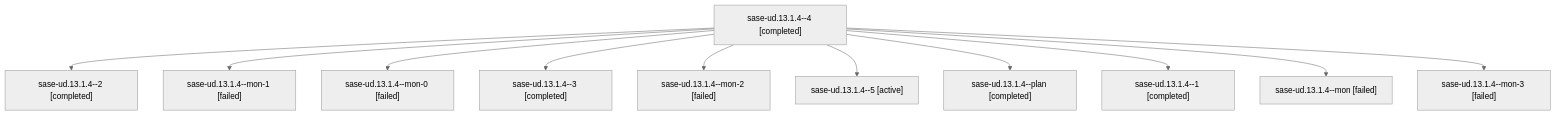
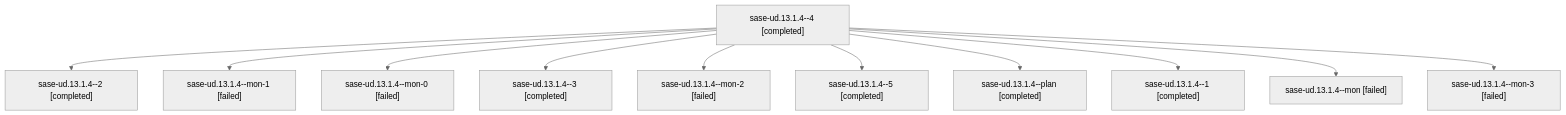
Before and after one commit to sase-org/sase--agents: the diagram in families/bbugyi200.athena.sase-ud.13.1.4.md, drawn with Mermaid (neutral theme). The commit also changed other lines of this file and 177 other files, not shown here.

````diff
--- a/families/bbugyi200.athena.sase-ud.13.1.4.md
+++ b/families/bbugyi200.athena.sase-ud.13.1.4.md
@@ -9,24 +9,24 @@
 ```mermaid
 flowchart TD
   n0["sase-ud.13.1.4--4 [completed]"]
   n1["sase-ud.13.1.4--2 [completed]"]
   n0 --> n1
   n2["sase-ud.13.1.4--mon-1 [failed]"]
   n0 --> n2
   n3["sase-ud.13.1.4--mon-0 [failed]"]
   n0 --> n3
   n4["sase-ud.13.1.4--3 [completed]"]
   n0 --> n4
   n5["sase-ud.13.1.4--mon-2 [failed]"]
   n0 --> n5
-  n6["sase-ud.13.1.4--5 [active]"]
+  n6["sase-ud.13.1.4--5 [completed]"]
   n0 --> n6
   n7["sase-ud.13.1.4--plan [completed]"]
   n0 --> n7
   n8["sase-ud.13.1.4--1 [completed]"]
   n0 --> n8
   n9["sase-ud.13.1.4--mon [failed]"]
   n0 --> n9
   n10["sase-ud.13.1.4--mon-3 [failed]"]
   n0 --> n10
 ```
````
